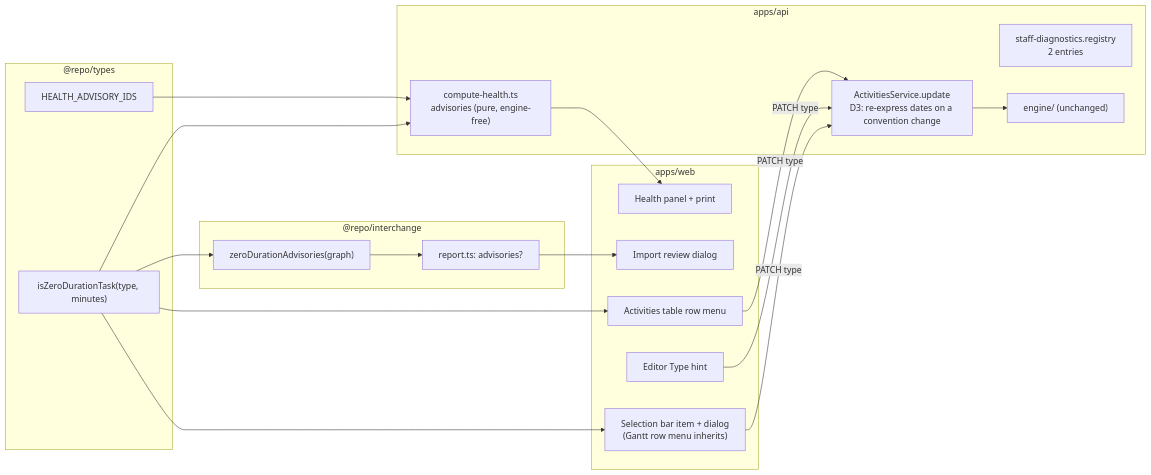
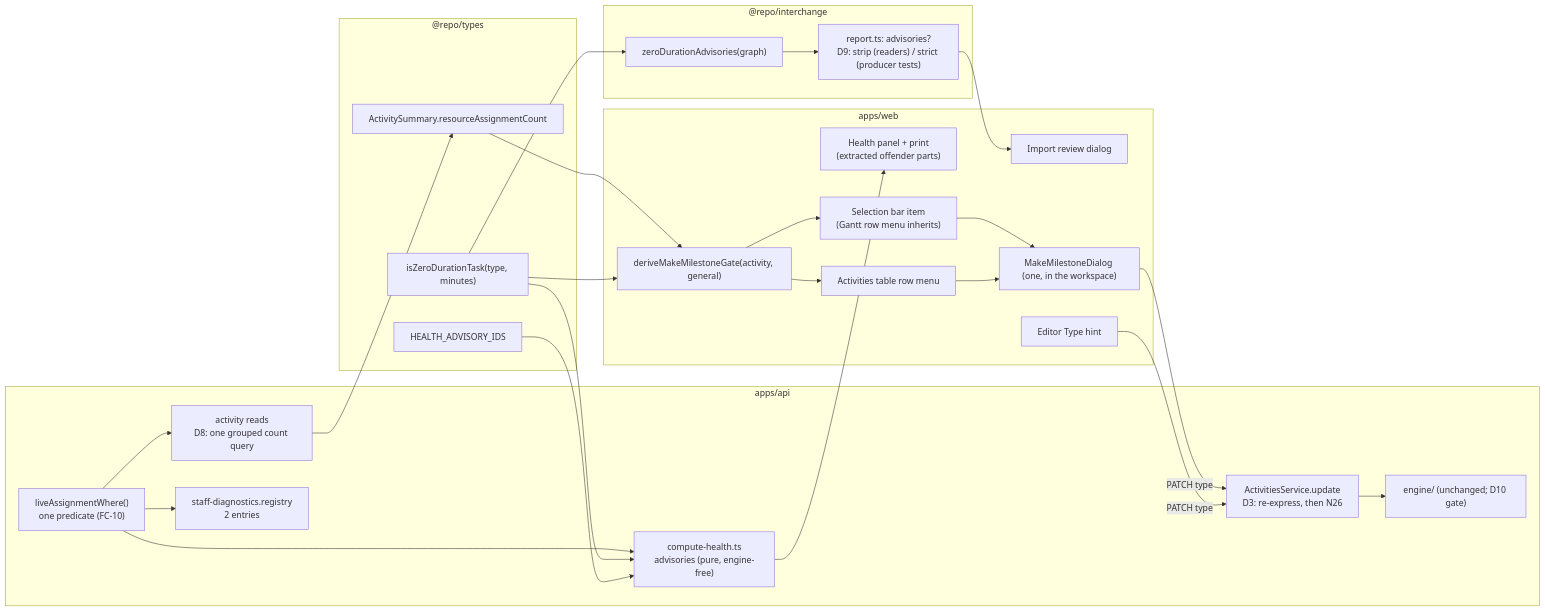
The first of 3 diagrams in docs/specs/zero-duration-task/feature-spec.md (HuttonHomeHub/SchedulePoint_1), drawn with Mermaid before and after one commit. The commit also changed other lines of this file, not shown here.

````diff
--- a/docs/specs/zero-duration-task/feature-spec.md
+++ b/docs/specs/zero-duration-task/feature-spec.md
@@ -338,30 +443,38 @@
 ```mermaid
 flowchart LR
   subgraph types["@repo/types"]
     ZP["isZeroDurationTask(type, minutes)"]
     HA["HEALTH_ADVISORY_IDS"]
+    RC["ActivitySummary.resourceAssignmentCount"]
   end
   subgraph api["apps/api"]
-    AS["ActivitiesService.update<br/>D3: re-express dates on a convention change"]
+    AS["ActivitiesService.update<br/>D3: re-express, then N26"]
+    AR["activity reads<br/>D8: one grouped count query"]
+    LA["liveAssignmentWhere()<br/>one predicate (FC-10)"]
     HC["compute-health.ts<br/>advisories (pure, engine-free)"]
     SD["staff-diagnostics.registry<br/>2 entries"]
-    ENG["engine/ (unchanged)"]
+    ENG["engine/ (unchanged; D10 gate)"]
   end
   subgraph ix["@repo/interchange"]
     ADV["zeroDurationAdvisories(graph)"]
-    REP["report.ts: advisories?"]
+    REP["report.ts: advisories?<br/>D9: strip (readers) / strict (producer tests)"]
   end
   subgraph web["apps/web"]
-    HP["Health panel + print"]
+    HP["Health panel + print<br/>(extracted offender parts)"]
     ID["Import review dialog"]
-    SB["Selection bar item + dialog<br/>(Gantt row menu inherits)"]
+    MG["deriveMakeMilestoneGate(activity, general)"]
+    SB["Selection bar item<br/>(Gantt row menu inherits)"]
     AT["Activities table row menu"]
+    DLG["MakeMilestoneDialog (one, in the workspace)"]
     ED["Editor Type hint"]
   end
-  ZP --> HC & ADV & SB & AT
+  LA --> AR & HC & SD
+  AR --> RC --> MG
+  ZP --> HC & ADV & MG
+  MG --> SB & AT
+  SB & AT --> DLG
   HA --> HC --> HP
   ADV --> REP --> ID
-  SB -->|PATCH type| AS --> ENG
+  DLG -->|PATCH type| AS --> ENG
   ED -->|PATCH type| AS
-  AT -->|PATCH type| AS
 ```
````
